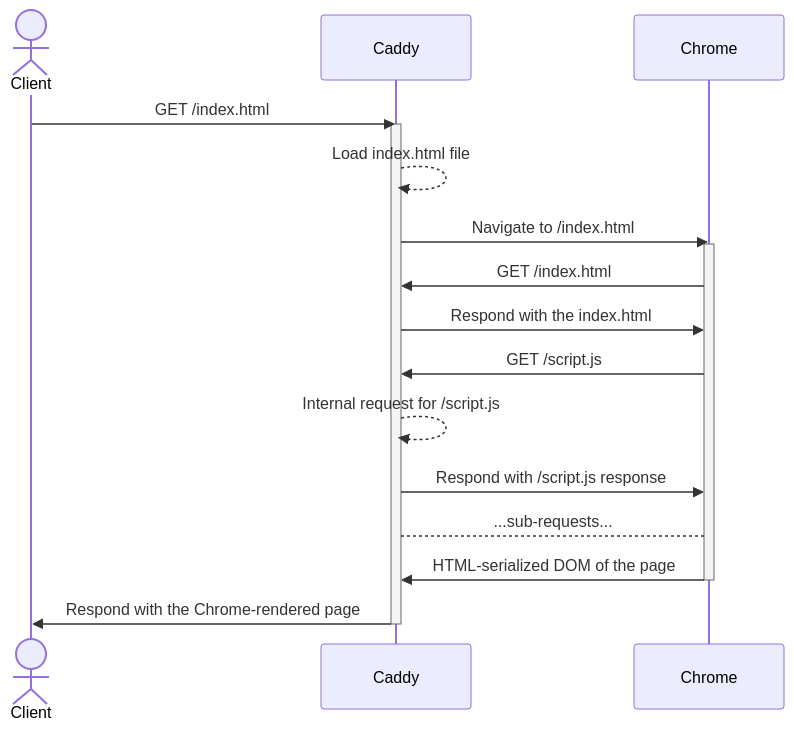
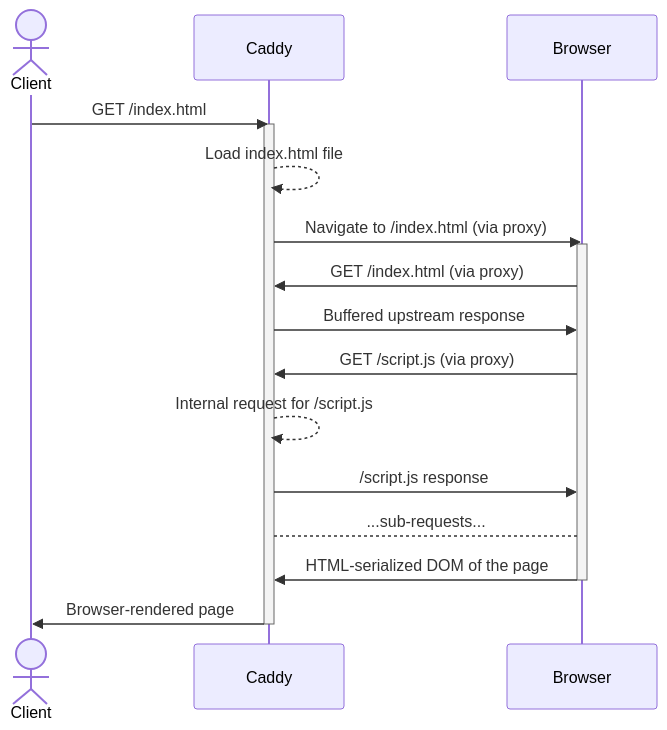
One commit to jakubkulhan/caddy-chrome changed the diagram in README.md. Above: the diagram before and after it, drawn with Mermaid. The commit also changed other lines of this file and 1 other file, not shown here.

````diff
--- a/README.md
+++ b/README.md
@@ -9,21 +9,21 @@
 ```mermaid
 sequenceDiagram
     actor Client
     participant Caddy
-    participant Chrome
+    participant Browser
     Client->>Caddy: GET /index.html
     activate Caddy
     Caddy-->>Caddy: Load index.html file
-    Caddy->>Chrome: Navigate to /index.html
-    activate Chrome
-    Chrome->>Caddy: GET /index.html
-    Caddy->>Chrome: Respond with the index.html
-    Chrome->>Caddy: GET /script.js
+    Caddy->>Browser: Navigate to /index.html (via proxy)
+    activate Browser
+    Browser->>Caddy: GET /index.html (via proxy)
+    Caddy->>Browser: Buffered upstream response
+    Browser->>Caddy: GET /script.js (via proxy)
     Caddy-->>Caddy: Internal request for /script.js
-    Caddy->>Chrome: Respond with /script.js response
-    Caddy-->Chrome: ...sub-requests...
-    Chrome->>Caddy: HTML-serialized DOM of the page
-    deactivate Chrome
-    Caddy->>Client: Respond with the Chrome-rendered page
+    Caddy->>Browser: /script.js response
+    Caddy-->Browser: ...sub-requests...
+    Browser->>Caddy: HTML-serialized DOM of the page
+    deactivate Browser
+    Caddy->>Client: Browser-rendered page
     deactivate Caddy
 ```
````
